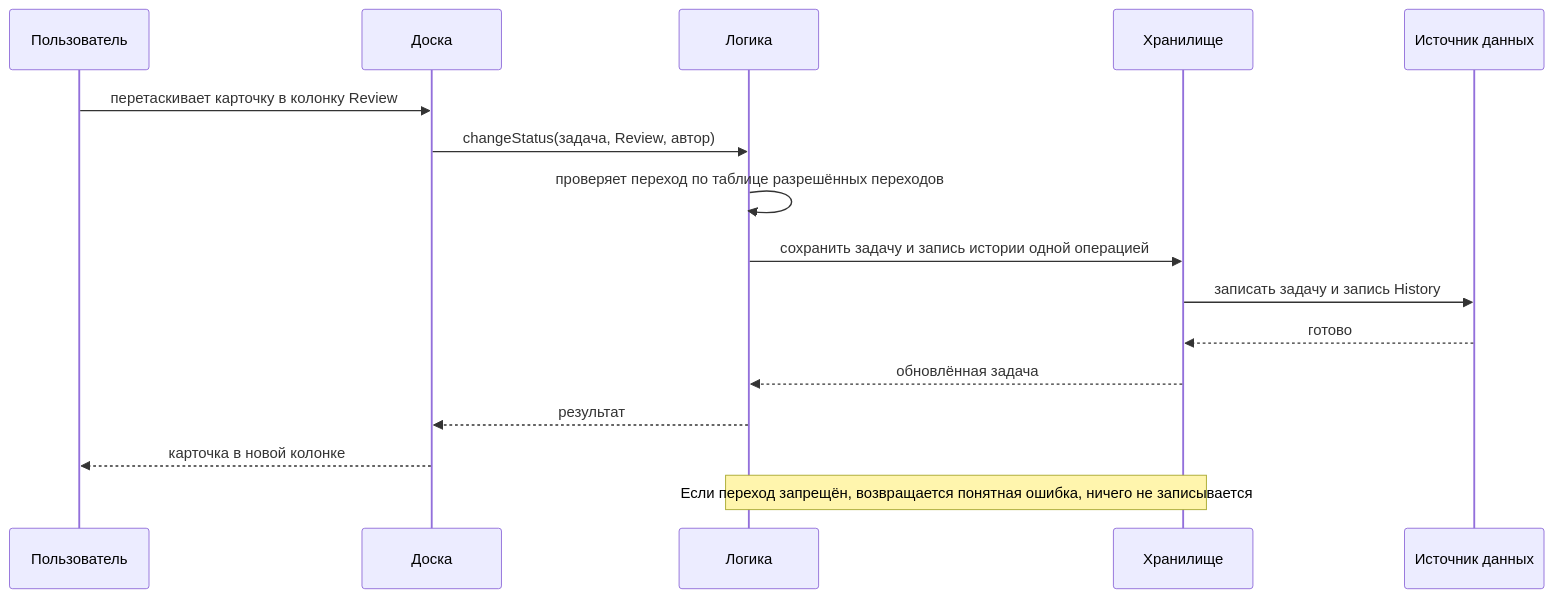
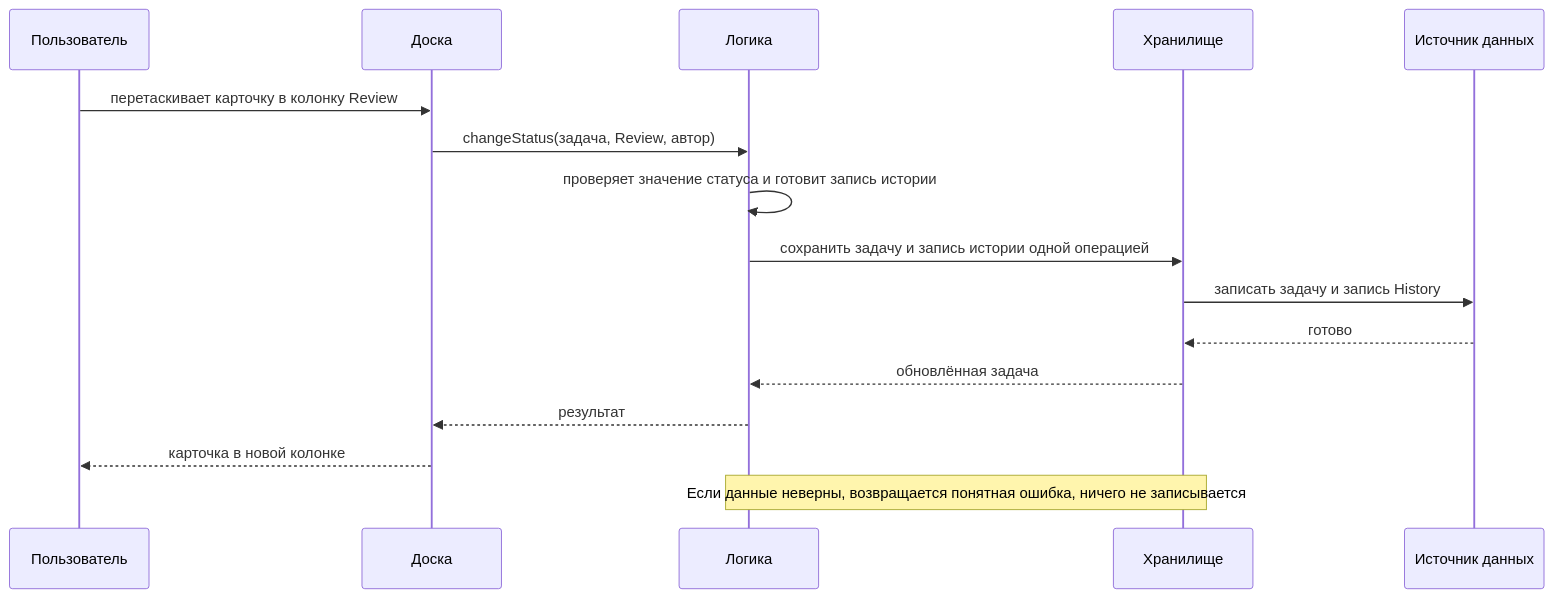
Before and after one commit to TimurNazmutdinov/team-tracker: the fourth of 6 diagrams in docs/architecture.md, drawn with Mermaid. The commit also changed other lines of this file and 45 other files, not shown here.

````diff
--- a/docs/architecture.md
+++ b/docs/architecture.md
@@ -159,18 +161,18 @@
 ```mermaid
 sequenceDiagram
     participant U as Пользователь
     participant B as Доска
     participant L as Логика
     participant S as Хранилище
     participant D as Источник данных
     U->>B: перетаскивает карточку в колонку Review
     B->>L: changeStatus(задача, Review, автор)
-    L->>L: проверяет переход по таблице разрешённых переходов
+    L->>L: проверяет значение статуса и готовит запись истории
     L->>S: сохранить задачу и запись истории одной операцией
     S->>D: записать задачу и запись History
     D-->>S: готово
     S-->>L: обновлённая задача
     L-->>B: результат
     B-->>U: карточка в новой колонке
-    Note over L,S: Если переход запрещён, возвращается понятная ошибка, ничего не записывается
+    Note over L,S: Если данные неверны, возвращается понятная ошибка, ничего не записывается
 ```
````
